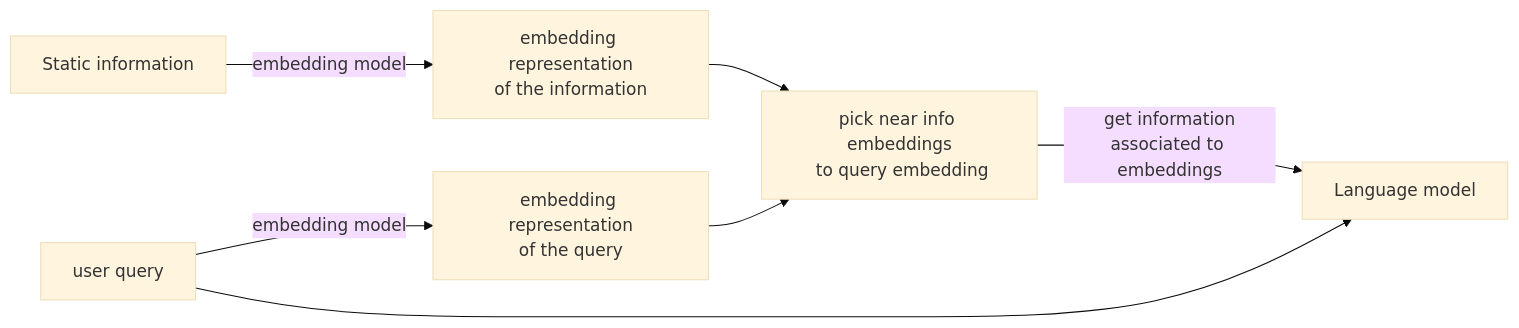
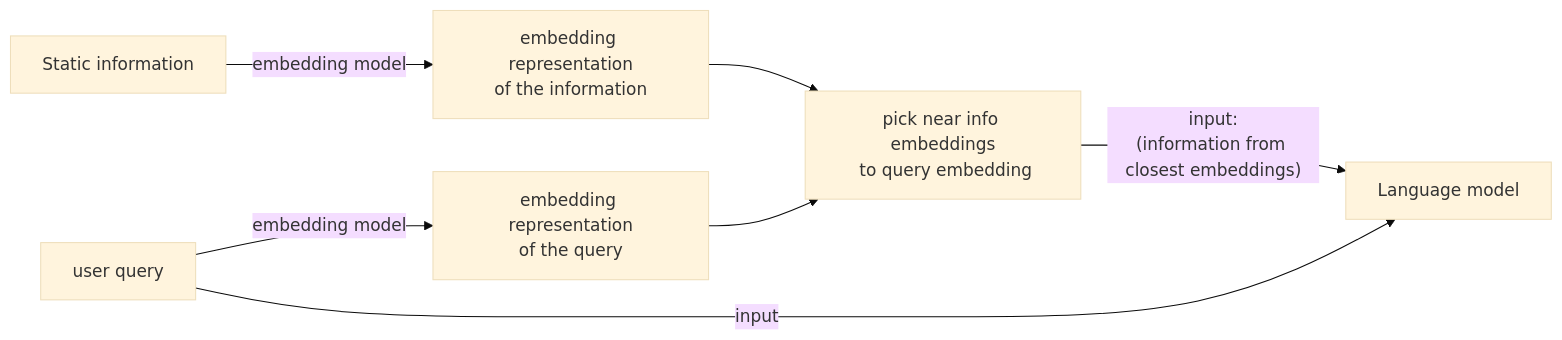
One commit to alexgf0/rag changed the diagram in README.md. Above: the diagram before and after it, drawn with Mermaid (base theme). The commit also changed other lines of this file and 6 other files, not shown here.

````diff
--- a/README.md
+++ b/README.md
@@ -51,11 +51,11 @@
 ```mermaid
 flowchart LR
     info[Static information] -- embedding model --> emb_info[embedding representation<br>of the information]
     query[user query] -- embedding model --> emb_query[embedding representation<br>of the query]
 
     emb_info --> dist[pick near info embeddings<br> to query embedding]
     emb_query --> dist
 
-    dist -- get information<br>associated to embeddings  --> lm[Language model]
-    query --> lm
+    dist -- input:<br>(information from closest embeddings)  --> lm[Language model]
+    query -- input --> lm
 ```
````
